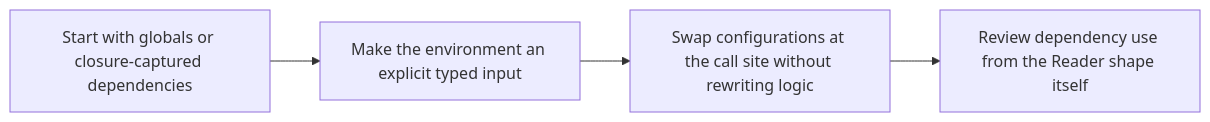
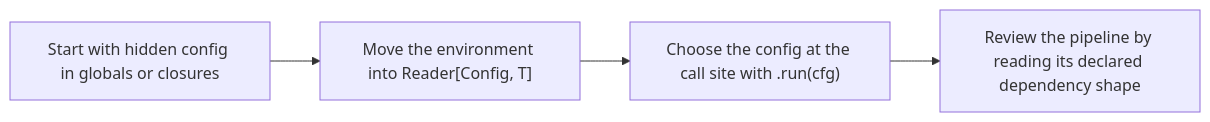
The diagram in programs/python-programming/python-functional-programming/course-book/module-06-monadic-flow-explicit-context/reader-pattern.md (bijux/bijux-masterclass), drawn with Mermaid before and after one commit. The commit also changed other lines of this file, not shown here.

Commit message:
docs(functional-programming): make reader dependencies visible

````diff
--- a/programs/python-programming/python-functional-programming/course-book/module-06-monadic-flow-explicit-context/reader-pattern.md
+++ b/programs/python-programming/python-functional-programming/course-book/module-06-monadic-flow-explicit-context/reader-pattern.md
@@ -7,6 +6,6 @@
 ```mermaid
 flowchart LR
-  hidden["Start with globals or closure-captured dependencies"] --> explicit["Make the environment an explicit typed input"]
-  explicit --> swap["Swap configurations at the call site without rewriting logic"]
-  swap --> review["Review dependency use from the Reader shape itself"]
+  hidden["Start with hidden config in globals or closures"] --> explicit["Move the environment into Reader[Config, T]"]
+  explicit --> run["Choose the config at the call site with .run(cfg)"]
+  run --> review["Review the pipeline by reading its declared dependency shape"]
 ```
````
